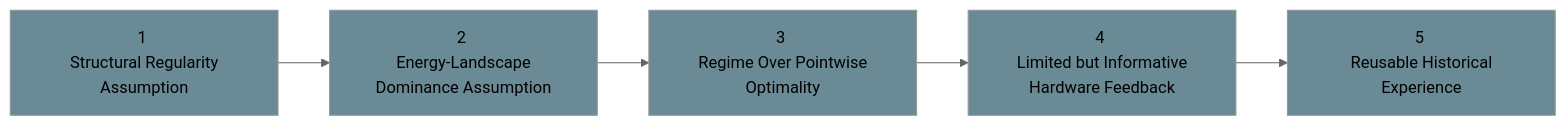
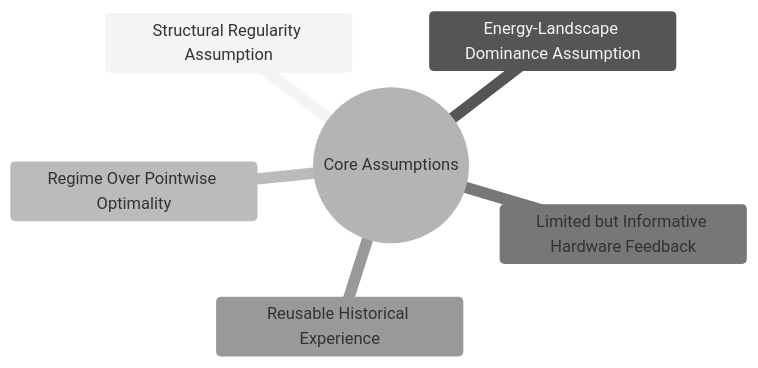
One commit to NaTHuber/HyperparamAgent-Architecture changed the fifth of 6 diagrams in docs/notes.md. Above: the diagram before and after it, drawn with Mermaid (neutral theme). The commit also changed other lines of this file, not shown here.

Commit message:
[add]: I complete the section 8, Explicit Assumptions & Failure Modes

````diff
--- a/docs/notes.md
+++ b/docs/notes.md
@@ -312,19 +313,9 @@
 ```mermaid 
-   graph LR 
-   A[ 1 <br> Structural Regularity Assumption]
-   B[ 2 <br> Energy-Landscape Dominance Assumption]
-   C[ 3 <br> Regime Over Pointwise Optimality]
-   D[ 4 <br> Limited but Informative Hardware Feedback]
-   E[ 5 <br> Reusable Historical Experience] 
-
-   A-->B
-   B-->C
-   C-->D
-   D-->E
-
-   style A fill: #6a8b96
-   style B fill: #6a8b96
-   style C fill: #6a8b96
-   style D fill: #6a8b96
-   style E fill: #6a8b96
+mindmap
+  root((Core Assumptions))
+    Structural Regularity Assumption
+    Energy-Landscape Dominance Assumption
+    Regime Over Pointwise Optimality
+    Limited but Informative Hardware Feedback
+    Reusable Historical Experience
 ```
````
